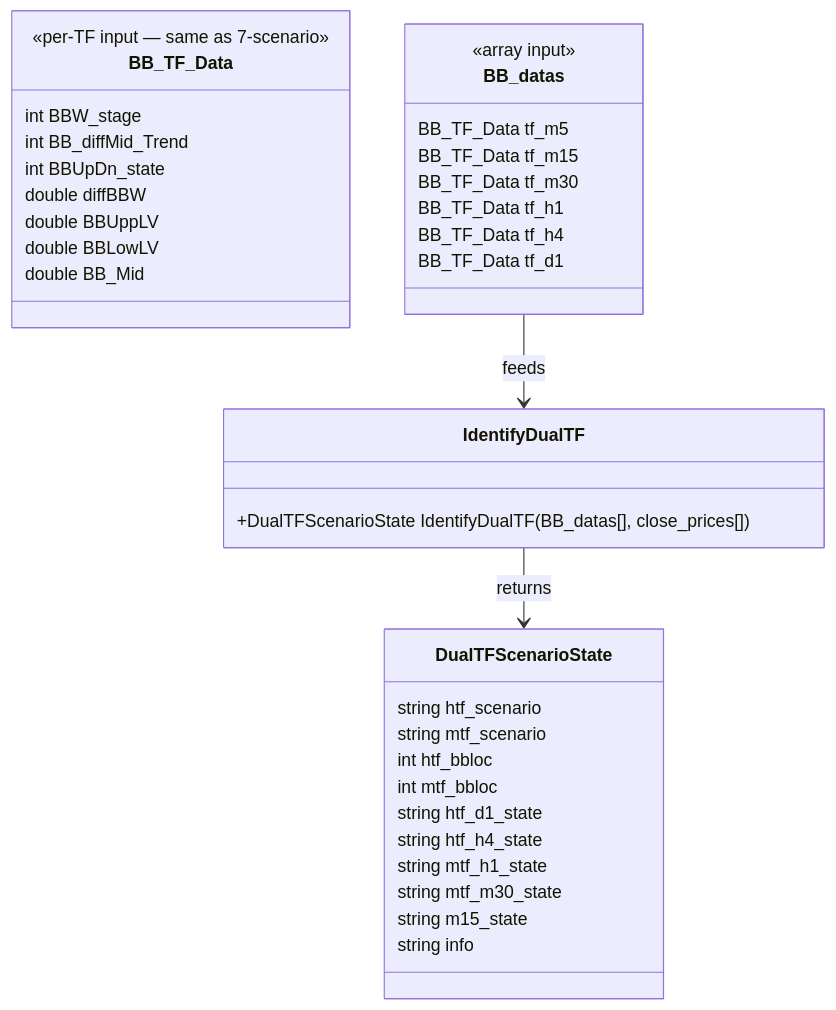
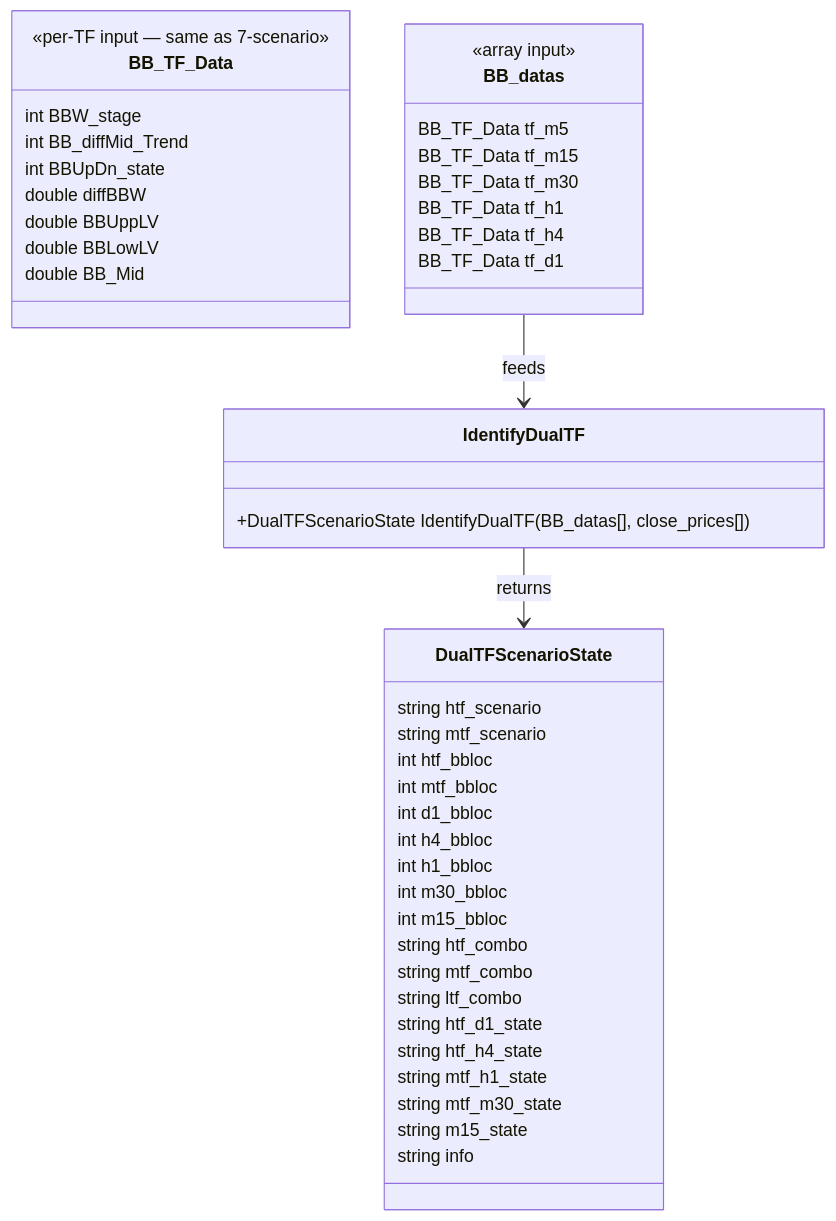
The second of 10 diagrams in references/DUALTF_ARCHITECTURE.md (Terrypang89/BB_MTF_M15_STRATEGY), drawn with Mermaid before and after one commit. The commit also changed other lines of this file and 1 other file, not shown here.

First line of the commit message:
Update DUALTF_ARCHITECTURE to match measured reality

````diff
--- a/references/DUALTF_ARCHITECTURE.md
+++ b/references/DUALTF_ARCHITECTURE.md
@@ -53,43 +52,51 @@
 ```mermaid
 classDiagram
     class BB_TF_Data {
         <<per-TF input — same as 7-scenario>>
         int BBW_stage
         int BB_diffMid_Trend
         int BBUpDn_state
         double diffBBW
         double BBUppLV
         double BBLowLV
         double BB_Mid
     }
 
     class BB_datas {
         <<array input>>
         BB_TF_Data tf_m5
         BB_TF_Data tf_m15
         BB_TF_Data tf_m30
         BB_TF_Data tf_h1
         BB_TF_Data tf_h4
         BB_TF_Data tf_d1
     }
 
     class DualTFScenarioState {
         string htf_scenario
         string mtf_scenario
         int htf_bbloc
         int mtf_bbloc
+        int d1_bbloc
+        int h4_bbloc
+        int h1_bbloc
+        int m30_bbloc
+        int m15_bbloc
+        string htf_combo
+        string mtf_combo
+        string ltf_combo
         string htf_d1_state
         string htf_h4_state
         string mtf_h1_state
         string mtf_m30_state
         string m15_state
         string info
     }
 
     class IdentifyDualTF {
         +DualTFScenarioState IdentifyDualTF(BB_datas[], close_prices[])
     }
 
     BB_datas --> IdentifyDualTF : feeds
     IdentifyDualTF --> DualTFScenarioState : returns
 ```
````
